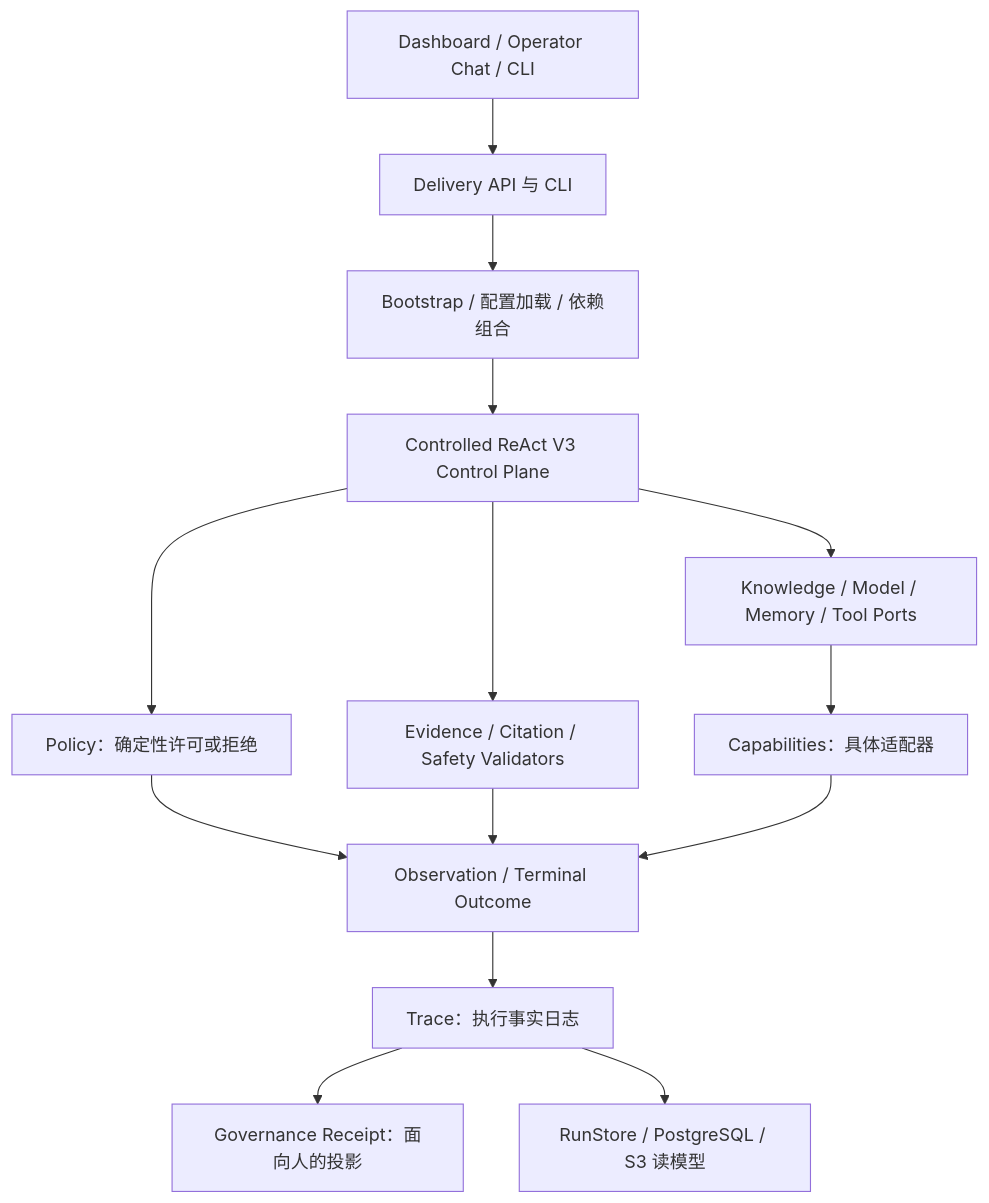
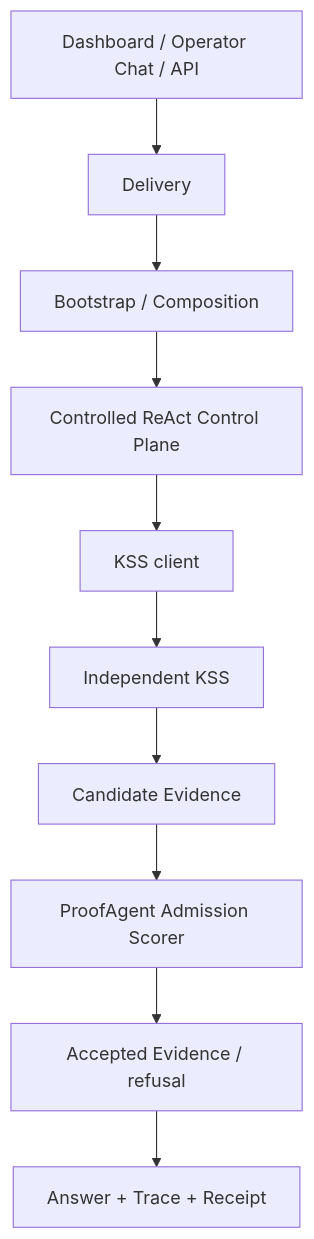
Before and after one commit to jaminzzhang/ProofAgent: the diagram in docs/operations-deployment-development-guide.zh-CN.md, drawn with Mermaid. The commit also changed other lines of this file and 323 other files, not shown here.

Commit message:
refactor: cut over KSS and deepen agent workspace

````diff
--- a/docs/operations-deployment-development-guide.zh-CN.md
+++ b/docs/operations-deployment-development-guide.zh-CN.md
@@ -28,16 +19,12 @@
 ```mermaid
 flowchart TD
-    U["Dashboard / Operator Chat / CLI"] --> D["Delivery API 与 CLI"]
-    D --> B["Bootstrap / 配置加载 / 依赖组合"]
-    B --> C["Controlled ReAct V3 Control Plane"]
-    C --> P["Policy：确定性许可或拒绝"]
-    C --> K["Knowledge / Model / Memory / Tool Ports"]
-    C --> V["Evidence / Citation / Safety Validators"]
-    K --> A["Capabilities：具体适配器"]
-    P --> O["Observation / Terminal Outcome"]
-    V --> O
-    A --> O
-    O --> T["Trace：执行事实日志"]
-    T --> R["Governance Receipt：面向人的投影"]
-    T --> S["RunStore / PostgreSQL / S3 读模型"]
+    U["Dashboard / Operator Chat / API"] --> D["Delivery"]
+    D --> B["Bootstrap / Composition"]
+    B --> C["Controlled ReAct Control Plane"]
+    C --> K["KSS client"]
+    K --> KS["Independent KSS"]
+    KS --> CE["Candidate Evidence"]
+    CE --> S["ProofAgent Admission Scorer"]
+    S --> E["Accepted Evidence / refusal"]
+    E --> R["Answer + Trace + Receipt"]
 ```
````
